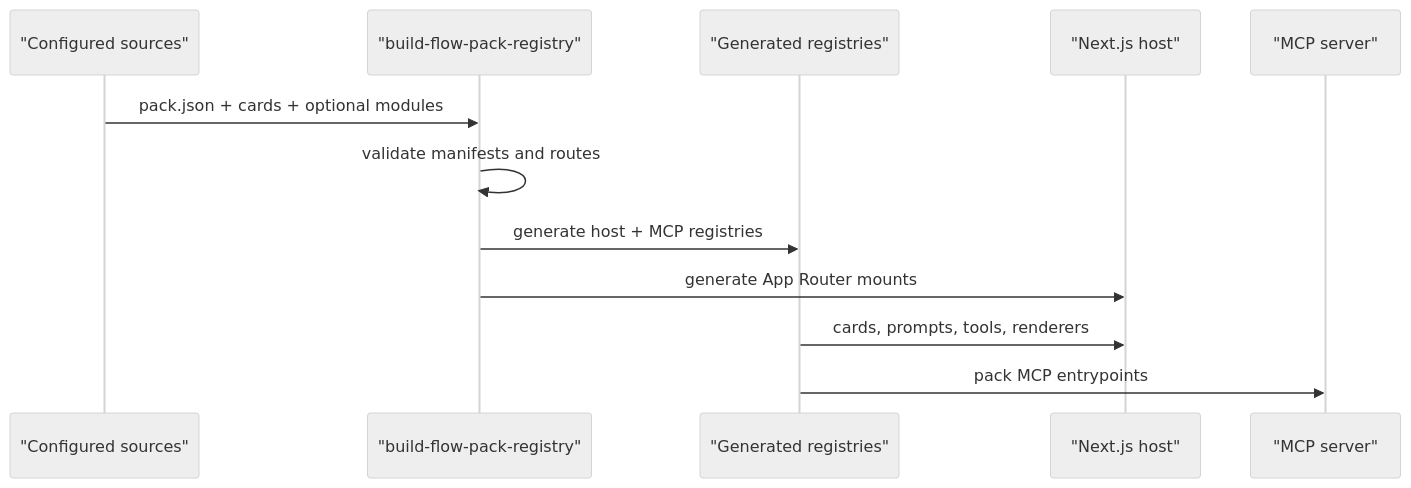
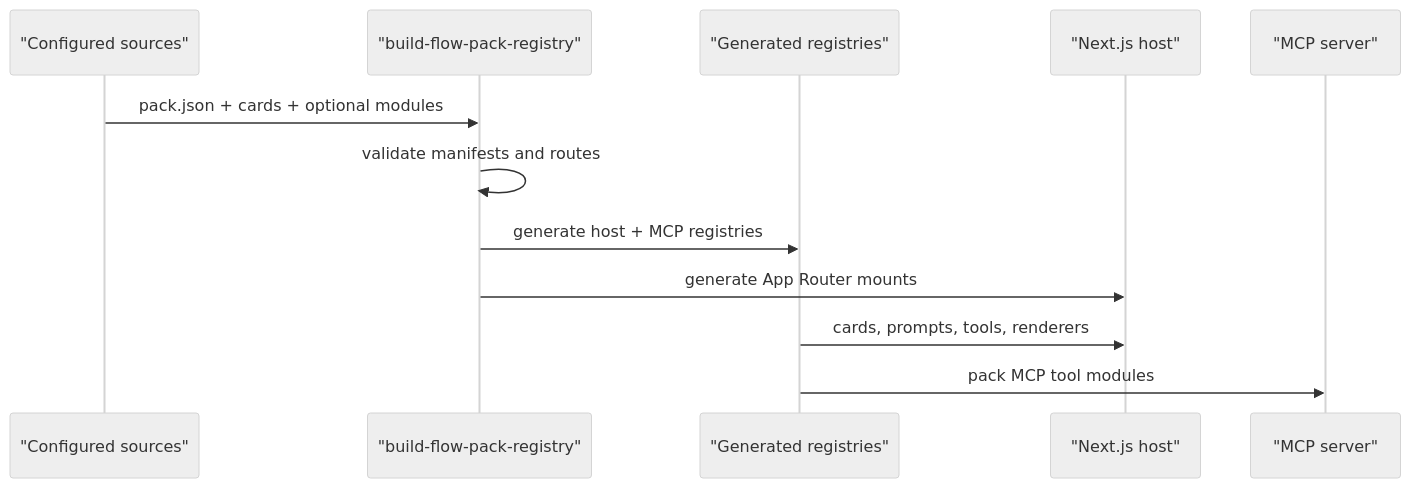
One commit to chibchombiano26/luai changed the diagram in docs/architecture/flow-packs.md. Above: the diagram before and after it, drawn with Mermaid (neutral theme). The commit also changed 86 other files, not shown here.

Commit message:
add assets flow pack

````diff
--- a/docs/architecture/flow-packs.md
+++ b/docs/architecture/flow-packs.md
@@ -72,15 +72,15 @@
 ```mermaid
 sequenceDiagram
   participant Source as "Configured sources"
   participant Build as "build-flow-pack-registry"
   participant Registry as "Generated registries"
   participant Host as "Next.js host"
   participant MCP as "MCP server"
 
   Source->>Build: pack.json + cards + optional modules
   Build->>Build: validate manifests and routes
   Build->>Registry: generate host + MCP registries
   Build->>Host: generate App Router mounts
   Registry->>Host: cards, prompts, tools, renderers
-  Registry->>MCP: pack MCP entrypoints
+  Registry->>MCP: pack MCP tool modules
 ```
````
